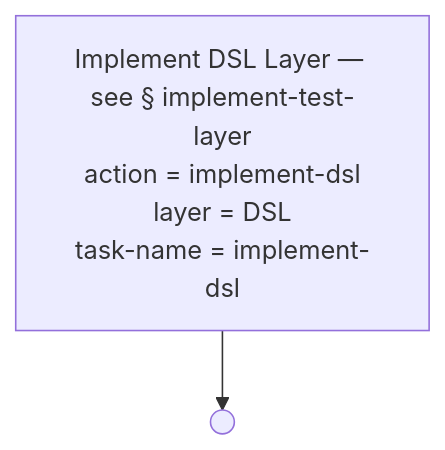
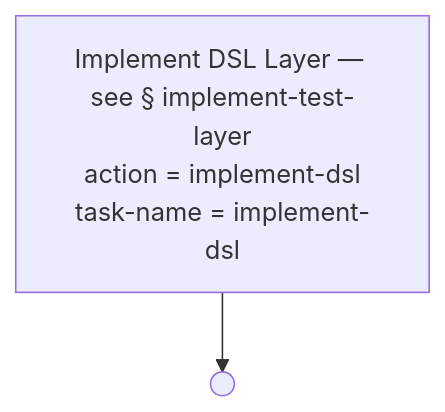
Diagram 17 of 51 in docs/process-diagram.md (optivem/gh-optivem), drawn with Mermaid before and after one commit. The commit also changed other lines of this file and 9 other files, not shown here.

Commit message:
atdd: regenerate process-flow diagram

````diff
--- a/docs/process-diagram.md
+++ b/docs/process-diagram.md
@@ -345,7 +345,7 @@
 ```mermaid
 flowchart TD
-    IMPLEMENT_TEST_LAYER["Implement DSL Layer — see § implement-test-layer<br/>action = implement-dsl<br/>layer = DSL<br/>task-name = implement-dsl"]
+    IMPLEMENT_TEST_LAYER["Implement DSL Layer — see § implement-test-layer<br/>action = implement-dsl<br/>task-name = implement-dsl"]
     IMPL_DSL_END(( ))
 
     IMPLEMENT_TEST_LAYER --> IMPL_DSL_END
 ```
````
